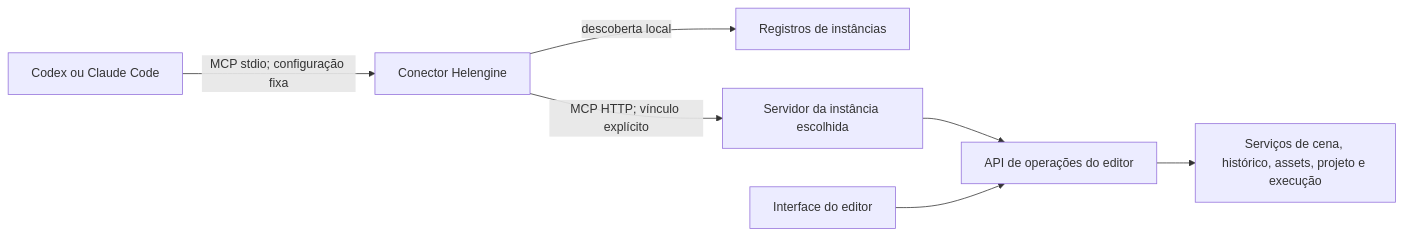
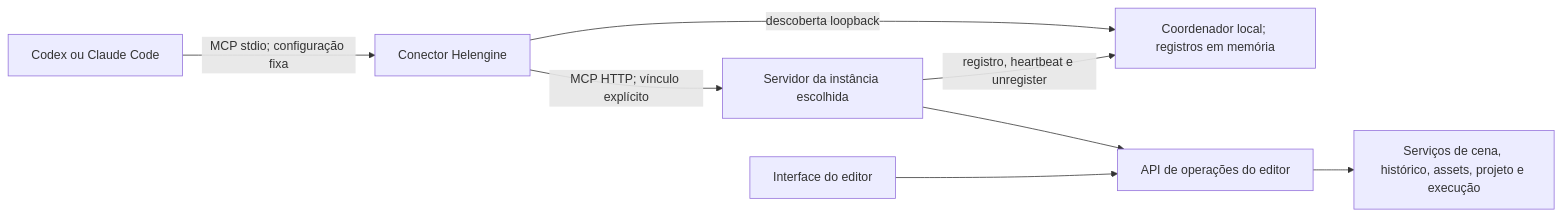
One commit to helworks/helengine changed the diagram in docs/superpowers/specs/2026-10-15-editor-mcp-design.md. Above: the diagram before and after it, drawn with Mermaid. The commit also changed other lines of this file and 42 other files, not shown here.

````diff
--- a/docs/superpowers/specs/2026-10-15-editor-mcp-design.md
+++ b/docs/superpowers/specs/2026-10-15-editor-mcp-design.md
@@ -26,9 +28,10 @@
 ```mermaid
 flowchart LR
     A[Codex ou Claude Code] -->|MCP stdio; configuração fixa| B[Conector Helengine]
-    B -->|descoberta local| R[Registros de instâncias]
+    B -->|descoberta loopback| R[Coordenador local; registros em memória]
     B -->|MCP HTTP; vínculo explícito| C[Servidor da instância escolhida]
+    C -->|registro, heartbeat e unregister| R
     C --> D[API de operações do editor]
     U[Interface do editor] --> D
     D --> S[Serviços de cena, histórico, assets, projeto e execução]
 ```
````
